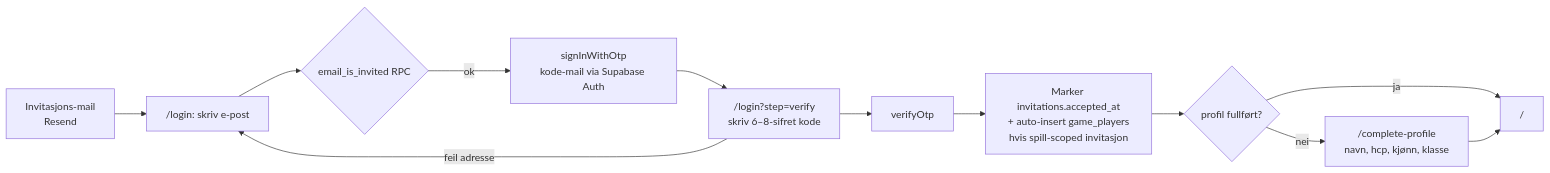
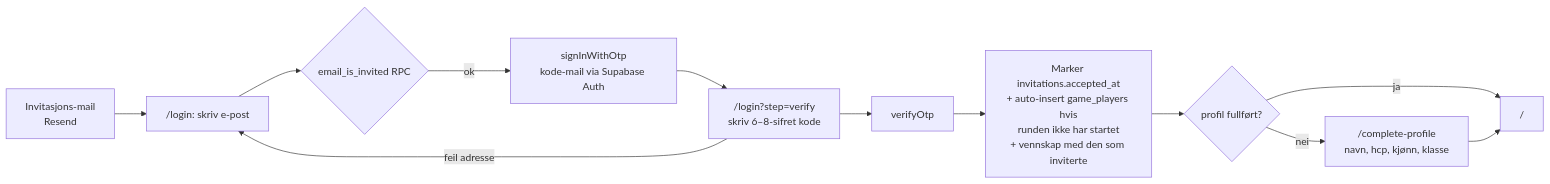
The second of 6 diagrams in docs/user-flows.md (jdlarssen/golf-app), drawn with Mermaid before and after one commit. The commit also changed other lines of this file and 2 other files, not shown here.

Commit message:
docs(flows): the invite step gives a roster spot only before start
P1 in user-flows.md now says that a game invitation gives a roster spot
only while the round has not started (a started or finished round sends
the invitee to /complete-profile with a notice, and a guest already on the
roster lands on the round), and that every invitation gives friendship
with the inviter. The future flow diagram lists «runden har startet» among
the friendly error messages; the PNG is regenerated from the SVG.

[no-changelog]
Refs #2212

Claude-Session: https://claude.ai/code/session_01SD8JEWsckHMjFNAwY9ggxq

````diff
--- a/docs/user-flows.md
+++ b/docs/user-flows.md
@@ -93,14 +93,14 @@
 ```mermaid
 flowchart LR
   A[Invitasjons-mail<br/>Resend] --> B["/login: skriv e-post"]
   B --> C{email_is_invited RPC}
   C -- ok --> D[signInWithOtp<br/>kode-mail via Supabase Auth]
   D --> E["/login?step=verify<br/>skriv 6–8-sifret kode"]
   E -- feil adresse --> B
   E --> F[verifyOtp]
-  F --> G[Marker invitations.accepted_at<br/>+ auto-insert game_players<br/>hvis spill-scoped invitasjon]
+  F --> G[Marker invitations.accepted_at<br/>+ auto-insert game_players hvis<br/>runden ikke har startet<br/>+ vennskap med den som inviterte]
   G --> H{profil fullført?}
   H -- nei --> CP["/complete-profile<br/>navn, hcp, kjønn, klasse"]
   H -- ja --> Home["/"]
   CP --> Home
 ```
````
